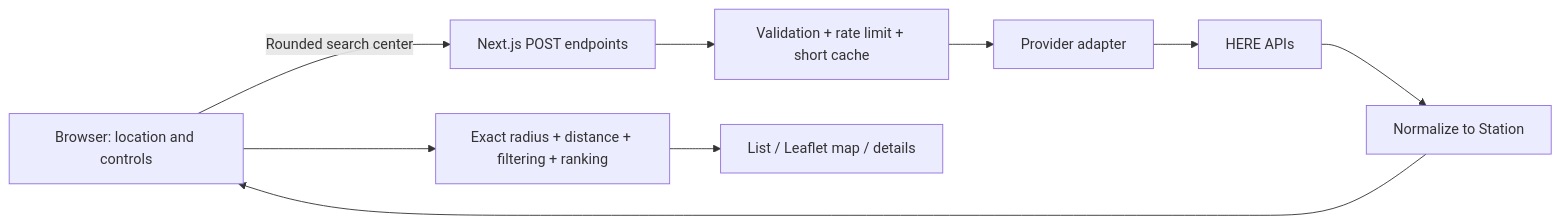
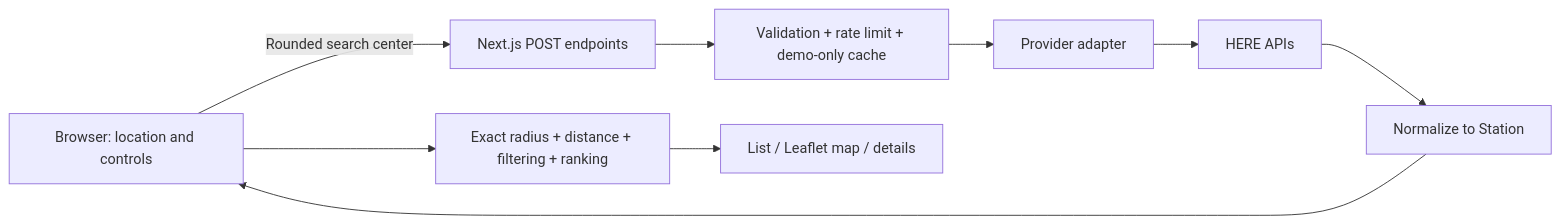
Before and after one commit to navehronen/pricepump: the diagram in README.md, drawn with Mermaid. The commit also changed other lines of this file and 18 other files, not shown here.

````diff
--- a/README.md
+++ b/README.md
@@ -124,11 +124,11 @@
 ```mermaid
 flowchart LR
     Browser[Browser: location and controls] -->|Rounded search center| API[Next.js POST endpoints]
-    API --> Guards[Validation + rate limit + short cache]
+    API --> Guards[Validation + rate limit + demo-only cache]
     Guards --> Adapter[Provider adapter]
     Adapter --> HERE[HERE APIs]
     HERE --> Normalize[Normalize to Station]
     Normalize --> Browser
     Browser --> Local[Exact radius + distance + filtering + ranking]
     Local --> Views[List / Leaflet map / details]
 ```
````
